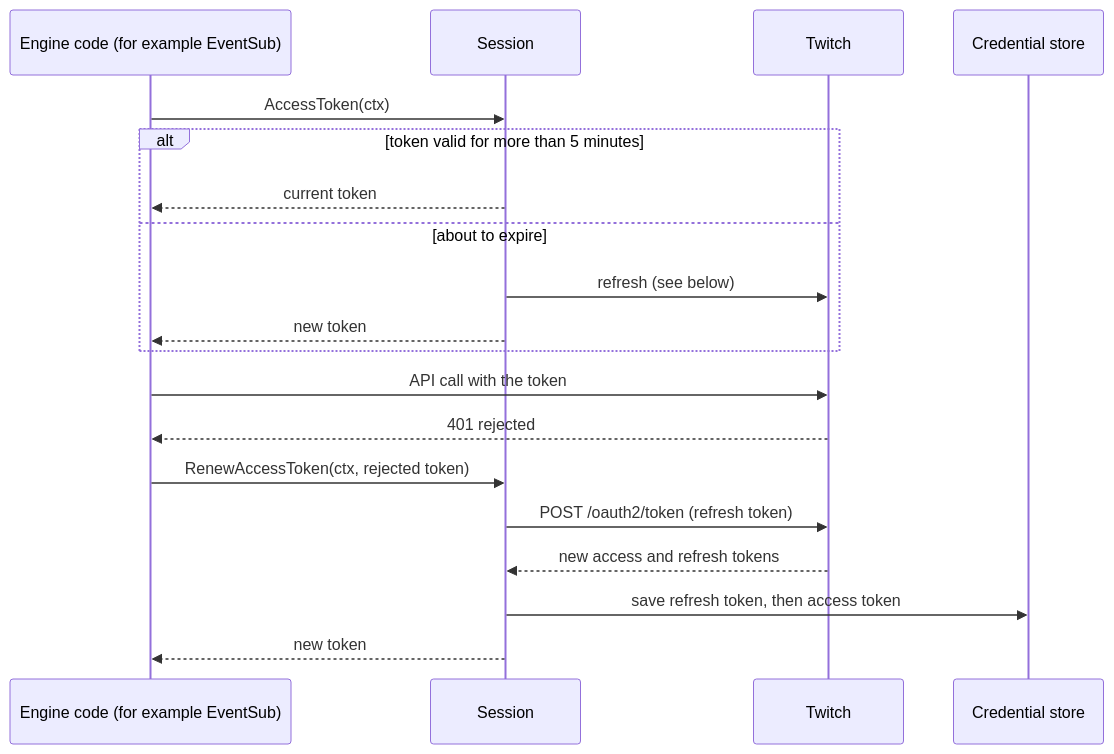
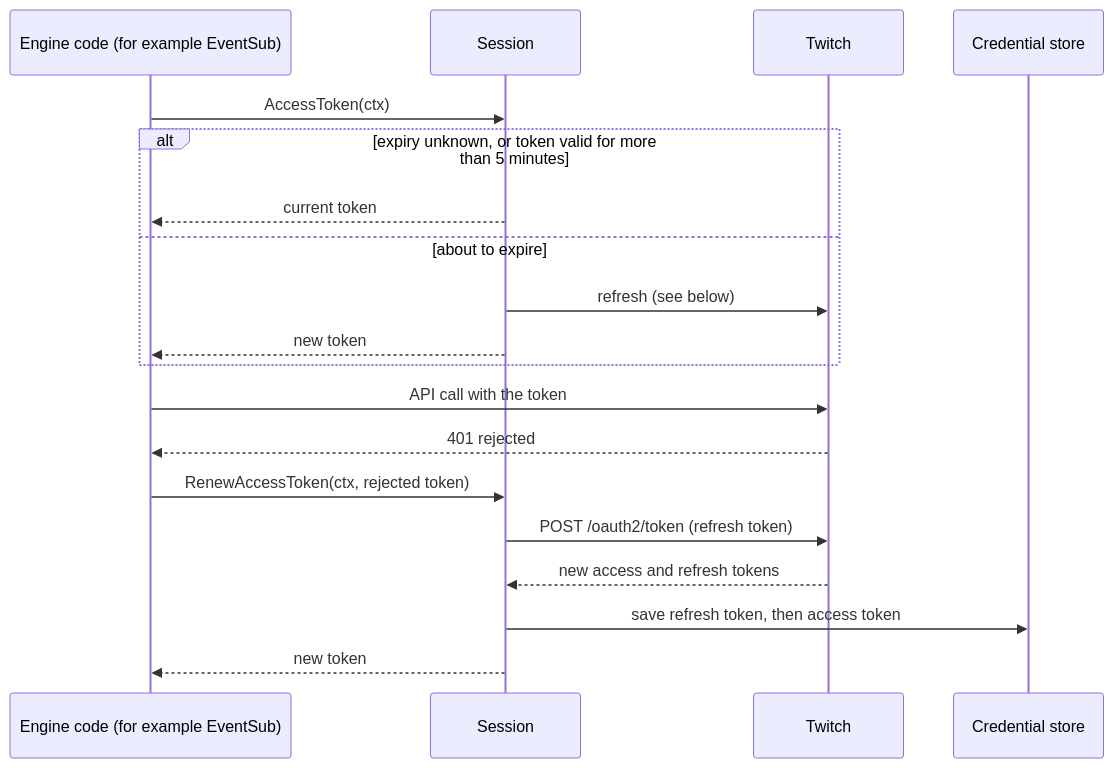
The fifth of 7 diagrams in docs/architecture/twitch-login.md (SloanGwaltney/whendo), drawn with Mermaid before and after one commit. The commit also changed other lines of this file and 6 other files, not shown here.

````diff
--- a/docs/architecture/twitch-login.md
+++ b/docs/architecture/twitch-login.md
@@ -172,23 +175,23 @@
 ```mermaid
 sequenceDiagram
     participant Caller as Engine code (for example EventSub)
     participant Session
     participant Twitch
     participant Store as Credential store
 
     Caller->>Session: AccessToken(ctx)
-    alt token valid for more than 5 minutes
+    alt expiry unknown, or token valid for more than 5 minutes
         Session-->>Caller: current token
     else about to expire
         Session->>Twitch: refresh (see below)
         Session-->>Caller: new token
     end
 
     Caller->>Twitch: API call with the token
     Twitch-->>Caller: 401 rejected
     Caller->>Session: RenewAccessToken(ctx, rejected token)
     Session->>Twitch: POST /oauth2/token (refresh token)
     Twitch-->>Session: new access and refresh tokens
     Session->>Store: save refresh token, then access token
     Session-->>Caller: new token
 ```
````
